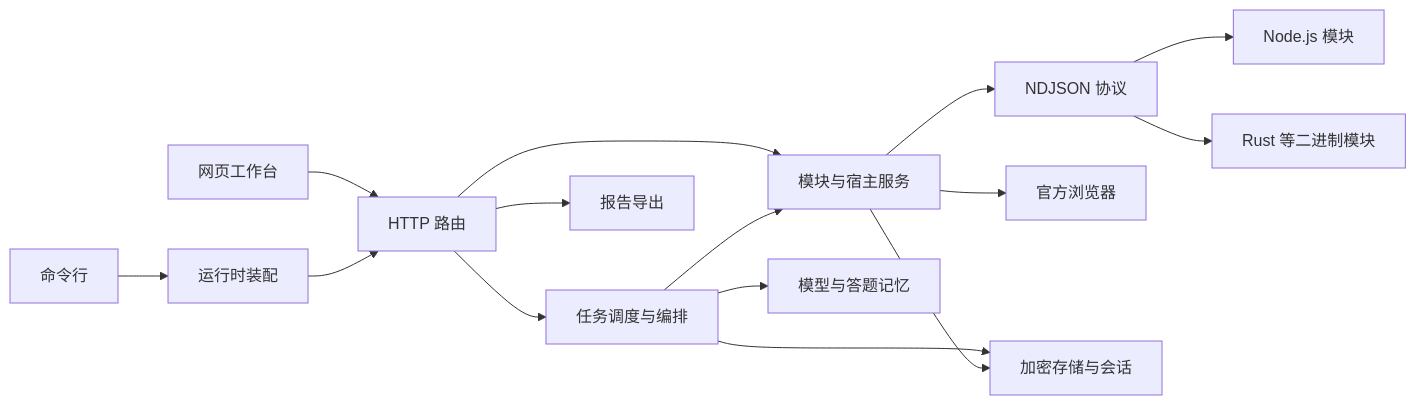
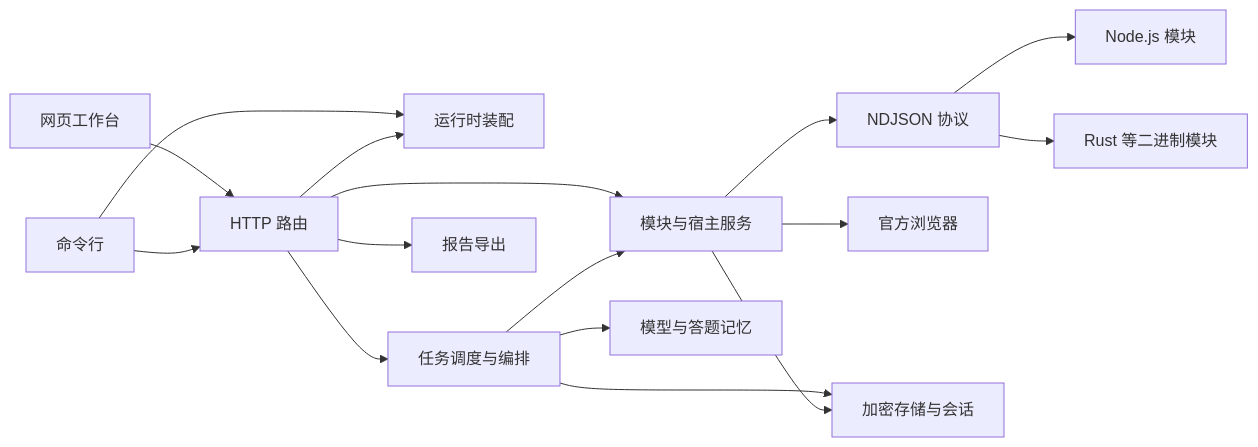
One commit to Course-Flow-Lab/courseflow-framework changed the first of 2 diagrams in docs/ARCHITECTURE.md. Above: the diagram before and after it, drawn with Mermaid. The commit also changed other lines of this file and 35 other files, not shown here.

````diff
--- a/docs/ARCHITECTURE.md
+++ b/docs/ARCHITECTURE.md
@@ -7,17 +7,18 @@
 ```mermaid
 flowchart LR
   Web[网页工作台] --> HTTP[HTTP 路由]
   CLI[命令行] --> Runtime[运行时装配]
-  Runtime --> HTTP
+  CLI --> HTTP
+  HTTP --> Runtime
   HTTP --> Jobs[任务调度与编排]
   HTTP --> Host[模块与宿主服务]
   Jobs --> Host
   Host --> RPC[NDJSON 协议]
   RPC --> Node[Node.js 模块]
   RPC --> Binary[Rust 等二进制模块]
   Host --> Browser[官方浏览器]
   Jobs --> AI[模型与答题记忆]
   HTTP --> Export[报告导出]
   Jobs --> Core[加密存储与会话]
   Host --> Core
 ```
````
